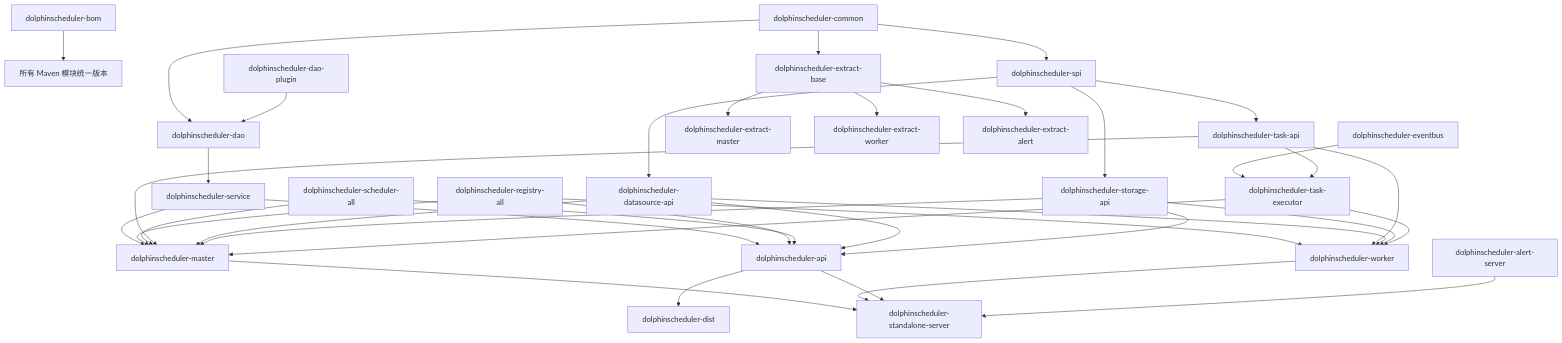
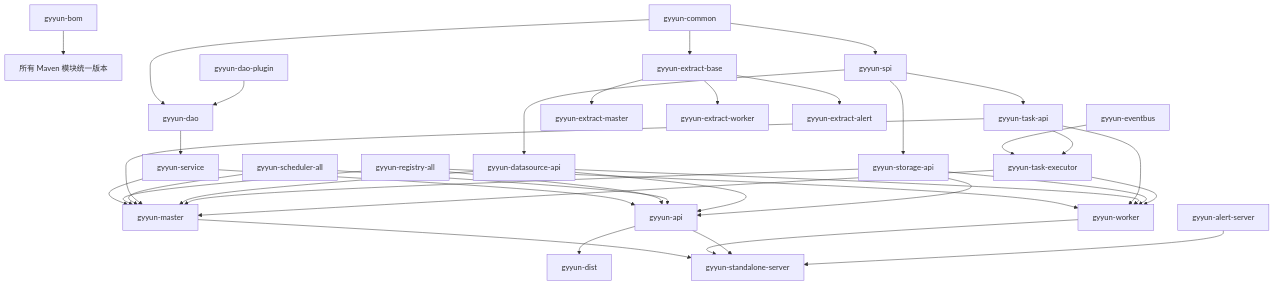
Before and after one commit to doublespring168/dolphinscheduler: the second of 3 diagrams in 教程/2-模块关系.md, drawn with Mermaid. The commit also changed other lines of this file and 7066 other files, not shown here.

````diff
--- a/教程/2-模块关系.md
+++ b/教程/2-模块关系.md
@@ -109,39 +109,39 @@
 ```mermaid
 flowchart TD
-  BOM[dolphinscheduler-bom] --> All[所有 Maven 模块统一版本]
-  Common[dolphinscheduler-common] --> SPI[dolphinscheduler-spi]
-  Common --> DAO[dolphinscheduler-dao]
-  DaoPlugin[dolphinscheduler-dao-plugin] --> DAO
-  DAO --> Service[dolphinscheduler-service]
-  SPI --> TaskAPI[dolphinscheduler-task-api]
-  SPI --> DatasourceAPI[dolphinscheduler-datasource-api]
-  SPI --> StorageAPI[dolphinscheduler-storage-api]
-  Common --> ExtractBase[dolphinscheduler-extract-base]
-  ExtractBase --> ExtractMaster[dolphinscheduler-extract-master]
-  ExtractBase --> ExtractWorker[dolphinscheduler-extract-worker]
-  ExtractBase --> ExtractAlert[dolphinscheduler-extract-alert]
-  EventBus[dolphinscheduler-eventbus] --> TaskExecutor[dolphinscheduler-task-executor]
+  BOM[gyyun-bom] --> All[所有 Maven 模块统一版本]
+  Common[gyyun-common] --> SPI[gyyun-spi]
+  Common --> DAO[gyyun-dao]
+  DaoPlugin[gyyun-dao-plugin] --> DAO
+  DAO --> Service[gyyun-service]
+  SPI --> TaskAPI[gyyun-task-api]
+  SPI --> DatasourceAPI[gyyun-datasource-api]
+  SPI --> StorageAPI[gyyun-storage-api]
+  Common --> ExtractBase[gyyun-extract-base]
+  ExtractBase --> ExtractMaster[gyyun-extract-master]
+  ExtractBase --> ExtractWorker[gyyun-extract-worker]
+  ExtractBase --> ExtractAlert[gyyun-extract-alert]
+  EventBus[gyyun-eventbus] --> TaskExecutor[gyyun-task-executor]
   TaskAPI --> TaskExecutor
-  Service --> API[dolphinscheduler-api]
-  Service --> Master[dolphinscheduler-master]
-  Registry[dolphinscheduler-registry-all] --> API
+  Service --> API[gyyun-api]
+  Service --> Master[gyyun-master]
+  Registry[gyyun-registry-all] --> API
   Registry --> Master
-  Registry --> Worker[dolphinscheduler-worker]
-  Scheduler[dolphinscheduler-scheduler-all] --> API
+  Registry --> Worker[gyyun-worker]
+  Scheduler[gyyun-scheduler-all] --> API
   Scheduler --> Master
   TaskAPI --> Master
   TaskAPI --> Worker
   DatasourceAPI --> API
   DatasourceAPI --> Master
   DatasourceAPI --> Worker
   StorageAPI --> API
   StorageAPI --> Master
   StorageAPI --> Worker
   TaskExecutor --> Master
   TaskExecutor --> Worker
-  API --> Dist[dolphinscheduler-dist]
-  Master --> Standalone[dolphinscheduler-standalone-server]
+  API --> Dist[gyyun-dist]
+  Master --> Standalone[gyyun-standalone-server]
   Worker --> Standalone
   API --> Standalone
-  AlertServer[dolphinscheduler-alert-server] --> Standalone
+  AlertServer[gyyun-alert-server] --> Standalone
 ```
````
